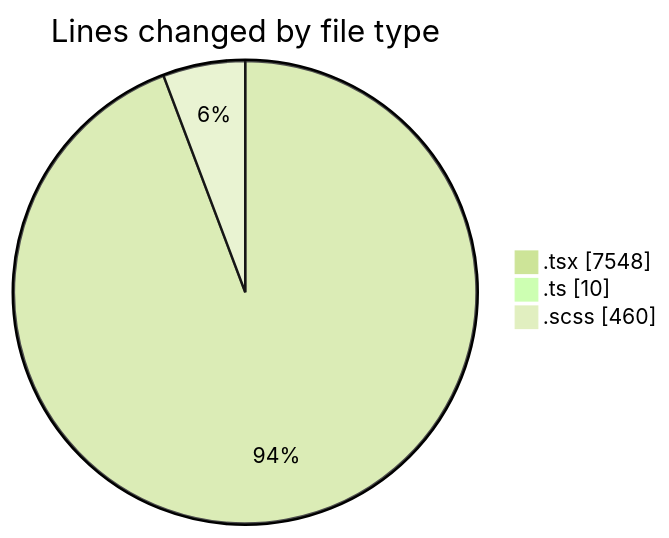
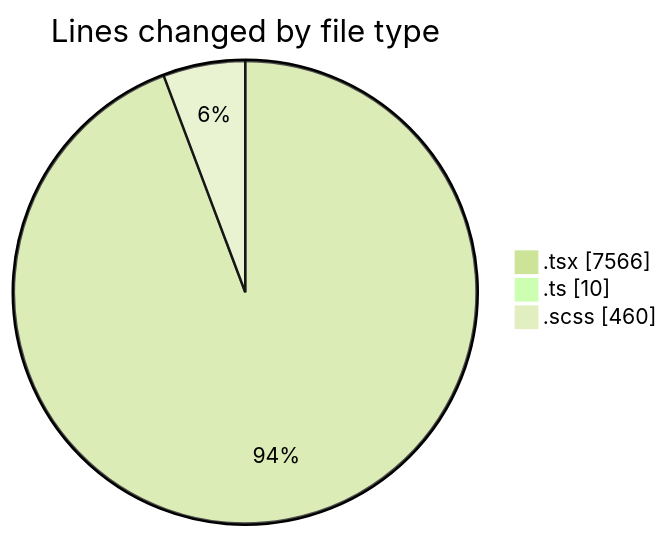
Before and after one commit to momahboobian/code-tracking: the first of 2 diagrams in 2025-11-17/cda/README.md, drawn with Mermaid (forest theme). The commit also changed other lines of this file and 1 other file, not shown here.

````diff
--- a/2025-11-17/cda/README.md
+++ b/2025-11-17/cda/README.md
@@ -33,7 +33,7 @@
 ```mermaid
 pie showData
 title Lines changed by file type
-".tsx" : 7548
+".tsx" : 7566
 ".ts" : 10
 ".scss" : 460
 ```
````
